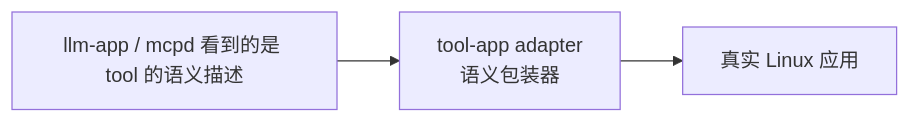
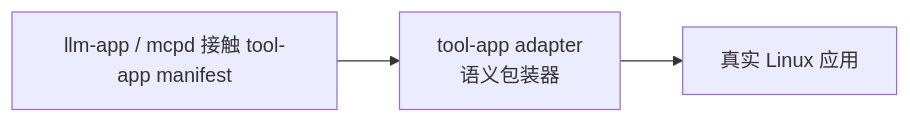
Before and after one commit to xiheng724/linux_mcp: the sixth of 6 diagrams in 演示讲义.md, drawn with Mermaid. The commit also changed other lines of this file and 53 other files, not shown here.

````diff
--- a/演示讲义.md
+++ b/演示讲义.md
@@ -371,9 +371,9 @@
 ```mermaid
 flowchart LR
-    A[llm-app / mcpd 看到的是 tool 的语义描述]
+    A[llm-app / mcpd 接触 tool-app manifest]
     B[tool-app adapter<br/>语义包装器]
     C[真实 Linux 应用]
 
     A --> B
     B --> C
 ```
````
